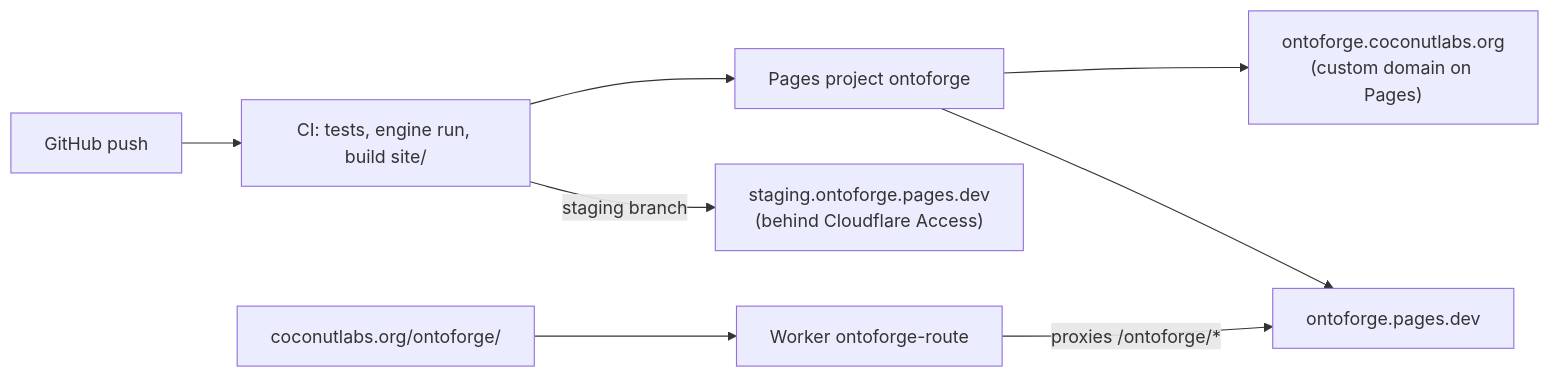
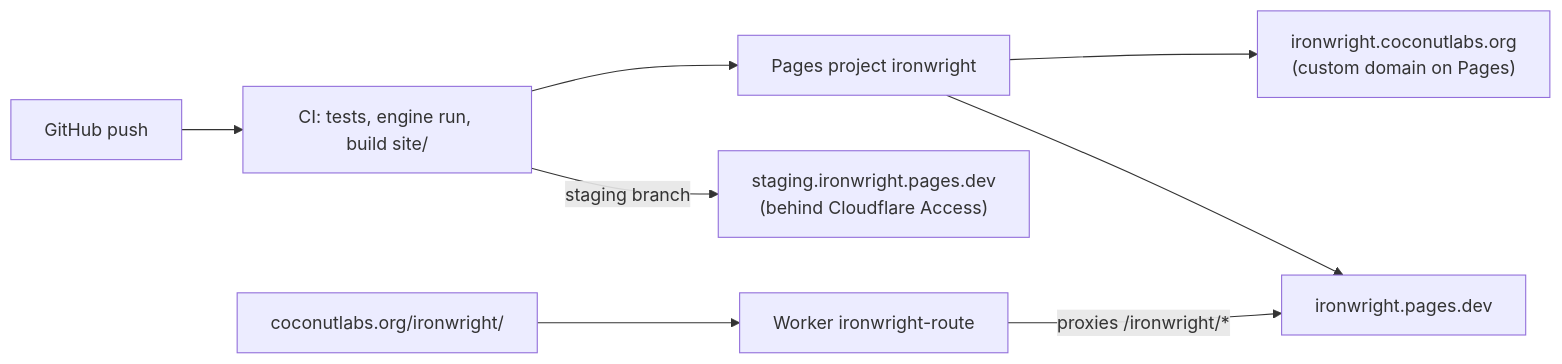
One commit to ShreyPatel4/ironwright changed the second of 2 diagrams in deploy/README.md. Above: the diagram before and after it, drawn with Mermaid. The commit also changed other lines of this file and 113 other files, not shown here.

````diff
--- a/deploy/README.md
+++ b/deploy/README.md
@@ -33,10 +33,10 @@
 ```mermaid
 flowchart LR
   GH["GitHub push"] --> CI["CI: tests, engine run, build site/"]
-  CI --> P["Pages project ontoforge"]
-  P --> SUB["ontoforge.coconutlabs.org<br/>(custom domain on Pages)"]
-  P --> PD["ontoforge.pages.dev"]
-  W["Worker ontoforge-route"] -- "proxies /ontoforge/*" --> PD
-  MAIN["coconutlabs.org/ontoforge/"] --> W
-  CI -- "staging branch" --> ST["staging.ontoforge.pages.dev<br/>(behind Cloudflare Access)"]
+  CI --> P["Pages project ironwright"]
+  P --> SUB["ironwright.coconutlabs.org<br/>(custom domain on Pages)"]
+  P --> PD["ironwright.pages.dev"]
+  W["Worker ironwright-route"] -- "proxies /ironwright/*" --> PD
+  MAIN["coconutlabs.org/ironwright/"] --> W
+  CI -- "staging branch" --> ST["staging.ironwright.pages.dev<br/>(behind Cloudflare Access)"]
 ```
````
